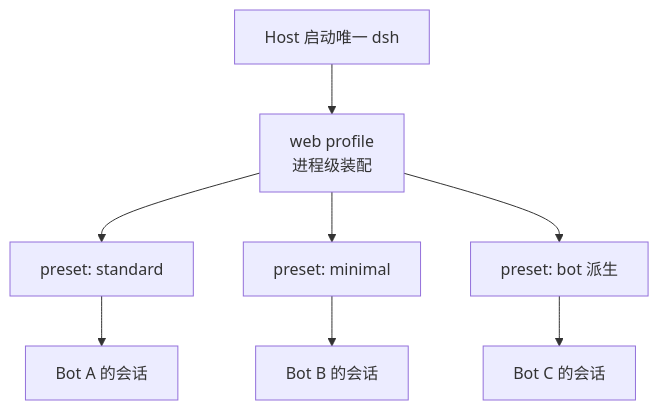
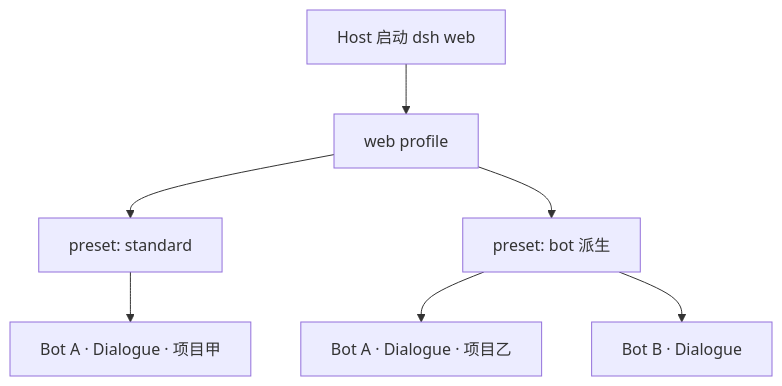
The second of 6 diagrams in docs/BOT_SESSION_MAP.md (aningdev/MyAid), drawn with Mermaid before and after one commit. The commit also changed other lines of this file and 26 other files, not shown here.

````diff
--- a/docs/BOT_SESSION_MAP.md
+++ b/docs/BOT_SESSION_MAP.md
@@ -54,12 +56,11 @@
 ```mermaid
 flowchart TB
-  host["Host 启动唯一 dsh"]
-  web["web profile<br/>进程级装配"]
+  host["Host 启动 dsh web"]
+  web["web profile"]
   host --> web
   web --> p1["preset: standard"]
-  web --> p2["preset: minimal"]
-  web --> p3["preset: bot 派生"]
-  p1 --> b1["Bot A 的会话"]
-  p2 --> b2["Bot B 的会话"]
-  p3 --> b3["Bot C 的会话"]
+  web --> p2["preset: bot 派生"]
+  p1 --> d1["Bot A · Dialogue · 项目甲"]
+  p2 --> d2["Bot A · Dialogue · 项目乙"]
+  p2 --> d3["Bot B · Dialogue"]
 ```
````
